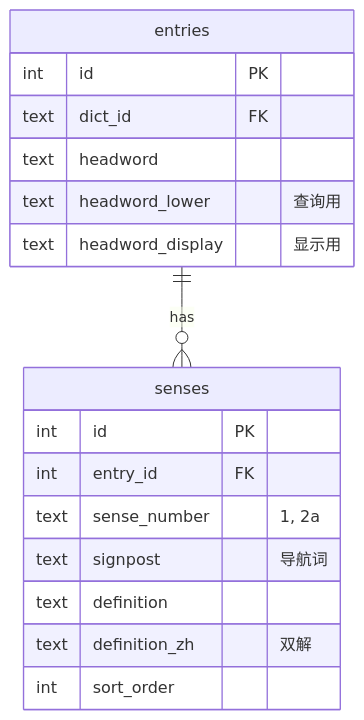
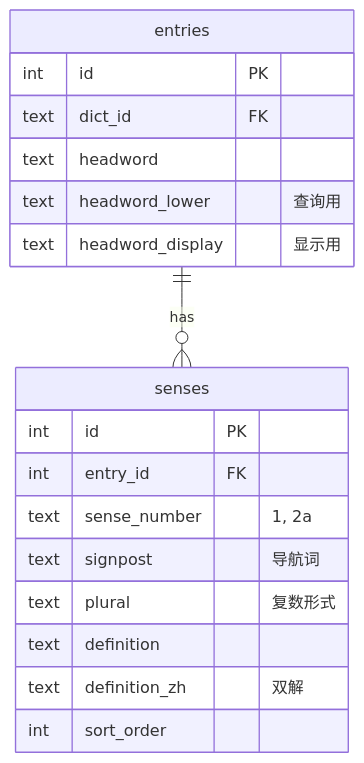
Before and after one commit to LuciusChen/lexdb: the second of 10 diagrams in schema.md, drawn with Mermaid. The commit also changed other lines of this file and 4 other files, not shown here.

````diff
--- a/schema.md
+++ b/schema.md
@@ -39,22 +39,23 @@
 ```mermaid
 erDiagram
     entries {
         int id PK
         text dict_id FK
         text headword
         text headword_lower "查询用"
         text headword_display "显示用"
     }
 
     senses {
         int id PK
         int entry_id FK
         text sense_number "1, 2a"
         text signpost "导航词"
+        text plural "复数形式"
         text definition
         text definition_zh "双解"
         int sort_order
     }
 
     entries ||--o{ senses : has
 ```
````
